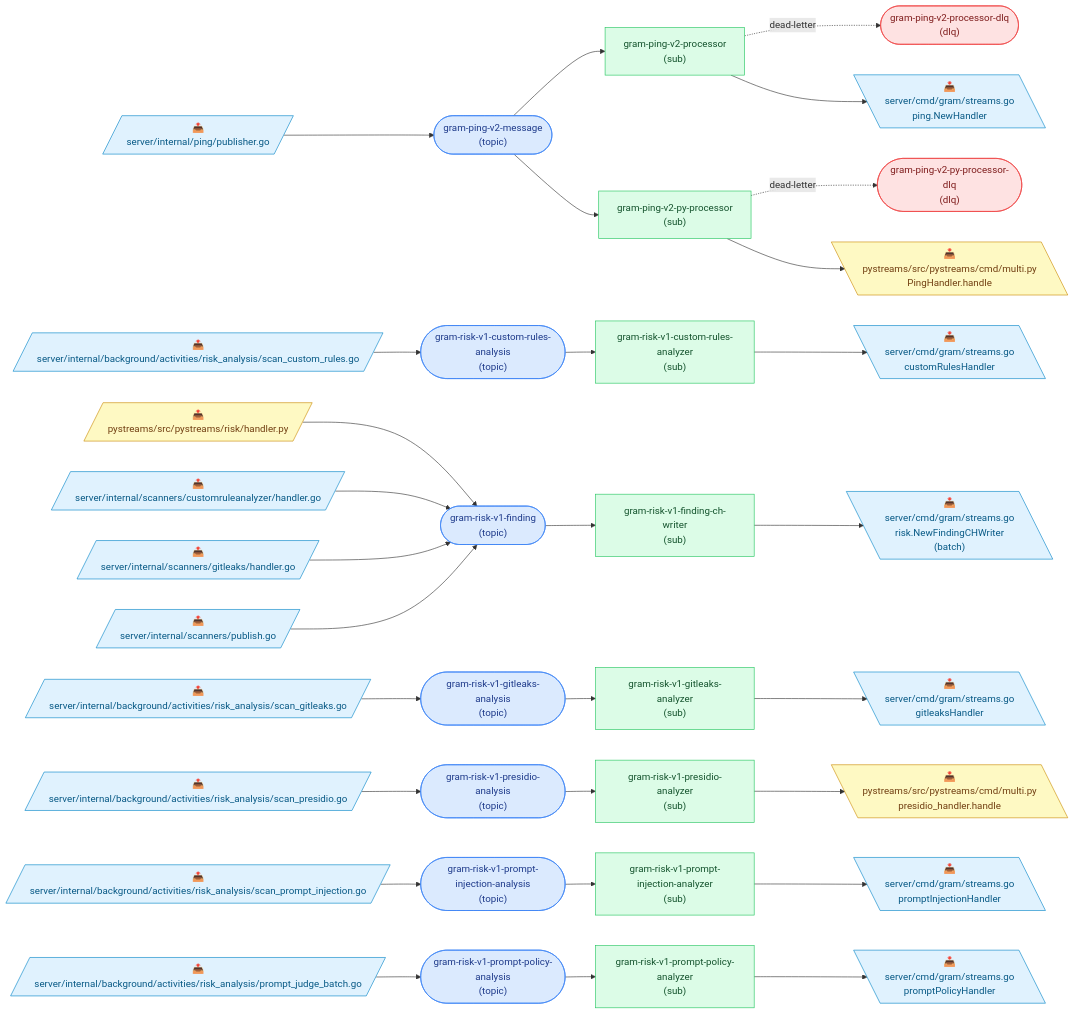
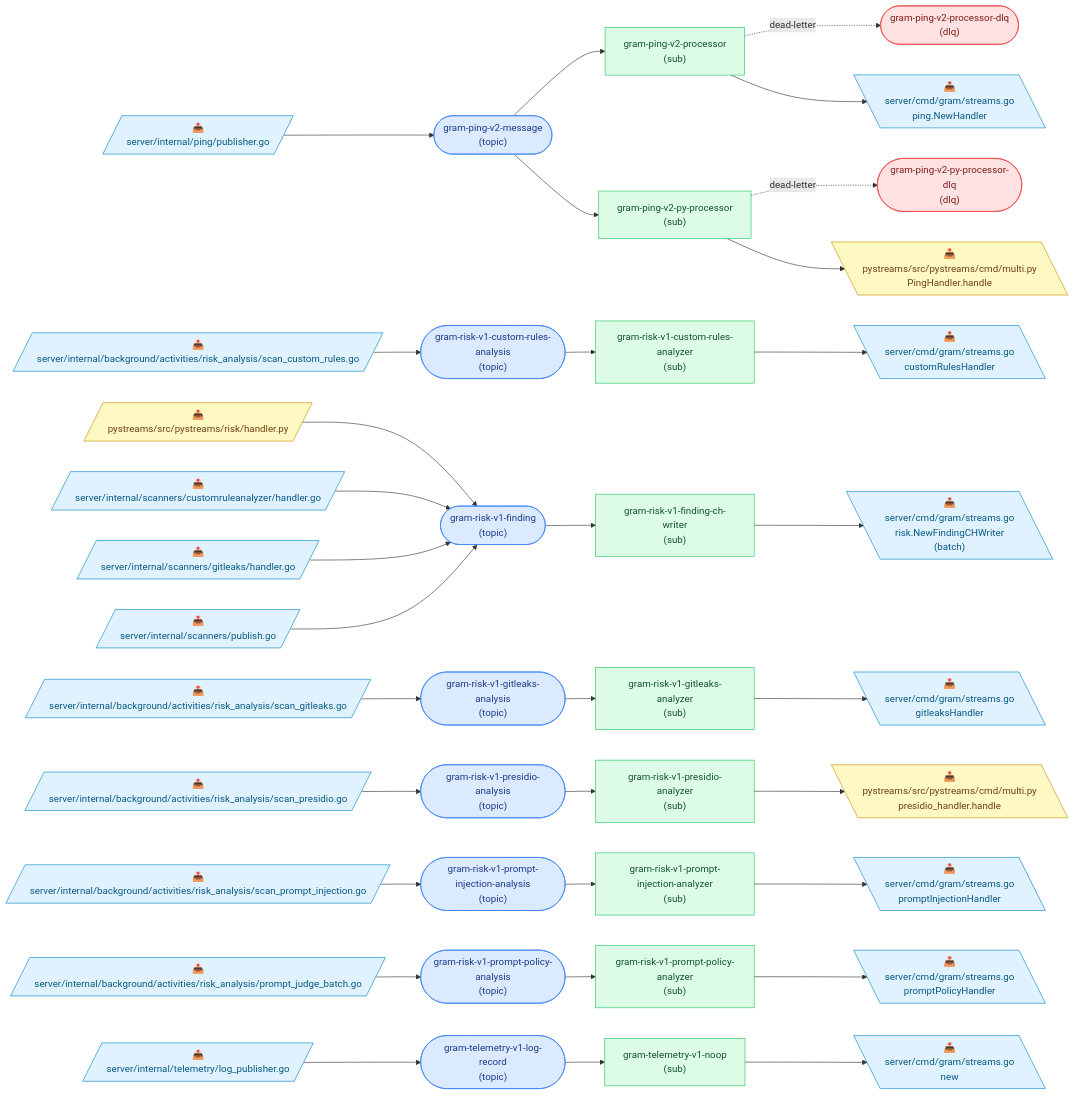
The diagram in docs/pubsub-topology.md (speakeasy-api/gram), drawn with Mermaid before and after one commit. The commit also changed other lines of this file and 33 other files, not shown here.

First line of the commit message:
feat: shadow dual-write telemetry_logs rows to Pub/Sub

````diff
--- a/docs/pubsub-topology.md
+++ b/docs/pubsub-topology.md
@@ -9,74 +9,81 @@
 ```mermaid
 flowchart LR
   classDef topic fill:#dbeafe,stroke:#3b82f6,color:#1e3a8a;
   classDef dlq fill:#fee2e2,stroke:#ef4444,color:#7f1d1d;
   classDef sub fill:#dcfce7,stroke:#22c55e,color:#14532d;
   classDef go fill:#e0f2fe,stroke:#0284c7,color:#075985;
   classDef python fill:#fef9c3,stroke:#ca8a04,color:#713f12;
   classDef deprecated stroke-dasharray:4 3,opacity:0.55;
 
   t_gram_ping_v2_message(["gram-ping-v2-message<br/>(topic)"]):::topic
   t_gram_ping_v2_processor_dlq(["gram-ping-v2-processor-dlq<br/>(dlq)"]):::dlq
   t_gram_ping_v2_py_processor_dlq(["gram-ping-v2-py-processor-dlq<br/>(dlq)"]):::dlq
   t_gram_risk_v1_custom_rules_analysis(["gram-risk-v1-custom-rules-analysis<br/>(topic)"]):::topic
   t_gram_risk_v1_finding(["gram-risk-v1-finding<br/>(topic)"]):::topic
   t_gram_risk_v1_gitleaks_analysis(["gram-risk-v1-gitleaks-analysis<br/>(topic)"]):::topic
   t_gram_risk_v1_presidio_analysis(["gram-risk-v1-presidio-analysis<br/>(topic)"]):::topic
   t_gram_risk_v1_prompt_injection_analysis(["gram-risk-v1-prompt-injection-analysis<br/>(topic)"]):::topic
   t_gram_risk_v1_prompt_policy_analysis(["gram-risk-v1-prompt-policy-analysis<br/>(topic)"]):::topic
+  t_gram_telemetry_v1_log_record(["gram-telemetry-v1-log-record<br/>(topic)"]):::topic
   s_gram_ping_v2_processor["gram-ping-v2-processor<br/>(sub)"]:::sub
   s_gram_ping_v2_py_processor["gram-ping-v2-py-processor<br/>(sub)"]:::sub
   s_gram_risk_v1_custom_rules_analyzer["gram-risk-v1-custom-rules-analyzer<br/>(sub)"]:::sub
   s_gram_risk_v1_finding_ch_writer["gram-risk-v1-finding-ch-writer<br/>(sub)"]:::sub
   s_gram_risk_v1_gitleaks_analyzer["gram-risk-v1-gitleaks-analyzer<br/>(sub)"]:::sub
   s_gram_risk_v1_presidio_analyzer["gram-risk-v1-presidio-analyzer<br/>(sub)"]:::sub
   s_gram_risk_v1_prompt_injection_analyzer["gram-risk-v1-prompt-injection-analyzer<br/>(sub)"]:::sub
   s_gram_risk_v1_prompt_policy_analyzer["gram-risk-v1-prompt-policy-analyzer<br/>(sub)"]:::sub
+  s_gram_telemetry_v1_noop["gram-telemetry-v1-noop<br/>(sub)"]:::sub
 
   p0[/"📤<br/>server/internal/ping/publisher.go"/]:::go
   p0 --> t_gram_ping_v2_message
   p1[/"📤<br/>server/internal/background/activities/risk_analysis/scan_custom_rules.go"/]:::go
   p1 --> t_gram_risk_v1_custom_rules_analysis
   p2[/"📤<br/>pystreams/src/pystreams/risk/handler.py"/]:::python
   p2 --> t_gram_risk_v1_finding
   p3[/"📤<br/>server/internal/scanners/customruleanalyzer/handler.go"/]:::go
   p3 --> t_gram_risk_v1_finding
   p4[/"📤<br/>server/internal/scanners/gitleaks/handler.go"/]:::go
   p4 --> t_gram_risk_v1_finding
   p5[/"📤<br/>server/internal/scanners/publish.go"/]:::go
   p5 --> t_gram_risk_v1_finding
   p6[/"📤<br/>server/internal/background/activities/risk_analysis/scan_gitleaks.go"/]:::go
   p6 --> t_gram_risk_v1_gitleaks_analysis
   p7[/"📤<br/>server/internal/background/activities/risk_analysis/scan_presidio.go"/]:::go
   p7 --> t_gram_risk_v1_presidio_analysis
   p8[/"📤<br/>server/internal/background/activities/risk_analysis/scan_prompt_injection.go"/]:::go
   p8 --> t_gram_risk_v1_prompt_injection_analysis
   p9[/"📤<br/>server/internal/background/activities/risk_analysis/prompt_judge_batch.go"/]:::go
   p9 --> t_gram_risk_v1_prompt_policy_analysis
+  p10[/"📤<br/>server/internal/telemetry/log_publisher.go"/]:::go
+  p10 --> t_gram_telemetry_v1_log_record
   t_gram_ping_v2_message --> s_gram_ping_v2_processor
   s_gram_ping_v2_processor -. dead-letter .-> t_gram_ping_v2_processor_dlq
   t_gram_ping_v2_message --> s_gram_ping_v2_py_processor
   s_gram_ping_v2_py_processor -. dead-letter .-> t_gram_ping_v2_py_processor_dlq
   t_gram_risk_v1_custom_rules_analysis --> s_gram_risk_v1_custom_rules_analyzer
   t_gram_risk_v1_finding --> s_gram_risk_v1_finding_ch_writer
   t_gram_risk_v1_gitleaks_analysis --> s_gram_risk_v1_gitleaks_analyzer
   t_gram_risk_v1_presidio_analysis --> s_gram_risk_v1_presidio_analyzer
   t_gram_risk_v1_prompt_injection_analysis --> s_gram_risk_v1_prompt_injection_analyzer
   t_gram_risk_v1_prompt_policy_analysis --> s_gram_risk_v1_prompt_policy_analyzer
-  c10[\"📥<br/>server/cmd/gram/streams.go<br/>ping.NewHandler"\]:::go
-  s_gram_ping_v2_processor --> c10
-  c11[\"📥<br/>pystreams/src/pystreams/cmd/multi.py<br/>PingHandler.handle"\]:::python
-  s_gram_ping_v2_py_processor --> c11
-  c12[\"📥<br/>server/cmd/gram/streams.go<br/>customRulesHandler"\]:::go
-  s_gram_risk_v1_custom_rules_analyzer --> c12
-  c13[\"📥<br/>server/cmd/gram/streams.go<br/>risk.NewFindingCHWriter<br/>(batch)"\]:::go
-  s_gram_risk_v1_finding_ch_writer --> c13
-  c14[\"📥<br/>server/cmd/gram/streams.go<br/>gitleaksHandler"\]:::go
-  s_gram_risk_v1_gitleaks_analyzer --> c14
-  c15[\"📥<br/>pystreams/src/pystreams/cmd/multi.py<br/>presidio_handler.handle"\]:::python
-  s_gram_risk_v1_presidio_analyzer --> c15
-  c16[\"📥<br/>server/cmd/gram/streams.go<br/>promptInjectionHandler"\]:::go
-  s_gram_risk_v1_prompt_injection_analyzer --> c16
-  c17[\"📥<br/>server/cmd/gram/streams.go<br/>promptPolicyHandler"\]:::go
-  s_gram_risk_v1_prompt_policy_analyzer --> c17
+  t_gram_telemetry_v1_log_record --> s_gram_telemetry_v1_noop
+  c11[\"📥<br/>server/cmd/gram/streams.go<br/>ping.NewHandler"\]:::go
+  s_gram_ping_v2_processor --> c11
+  c12[\"📥<br/>pystreams/src/pystreams/cmd/multi.py<br/>PingHandler.handle"\]:::python
+  s_gram_ping_v2_py_processor --> c12
+  c13[\"📥<br/>server/cmd/gram/streams.go<br/>customRulesHandler"\]:::go
+  s_gram_risk_v1_custom_rules_analyzer --> c13
+  c14[\"📥<br/>server/cmd/gram/streams.go<br/>risk.NewFindingCHWriter<br/>(batch)"\]:::go
+  s_gram_risk_v1_finding_ch_writer --> c14
+  c15[\"📥<br/>server/cmd/gram/streams.go<br/>gitleaksHandler"\]:::go
+  s_gram_risk_v1_gitleaks_analyzer --> c15
+  c16[\"📥<br/>pystreams/src/pystreams/cmd/multi.py<br/>presidio_handler.handle"\]:::python
+  s_gram_risk_v1_presidio_analyzer --> c16
+  c17[\"📥<br/>server/cmd/gram/streams.go<br/>promptInjectionHandler"\]:::go
+  s_gram_risk_v1_prompt_injection_analyzer --> c17
+  c18[\"📥<br/>server/cmd/gram/streams.go<br/>promptPolicyHandler"\]:::go
+  s_gram_risk_v1_prompt_policy_analyzer --> c18
+  c19[\"📥<br/>server/cmd/gram/streams.go<br/>new"\]:::go
+  s_gram_telemetry_v1_noop --> c19
 ```
````
